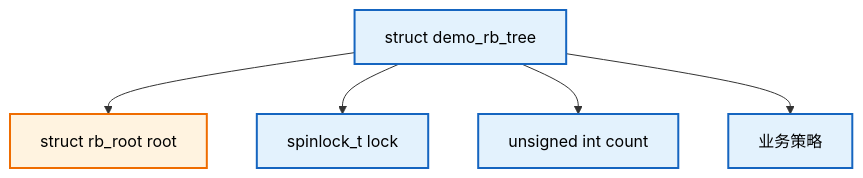
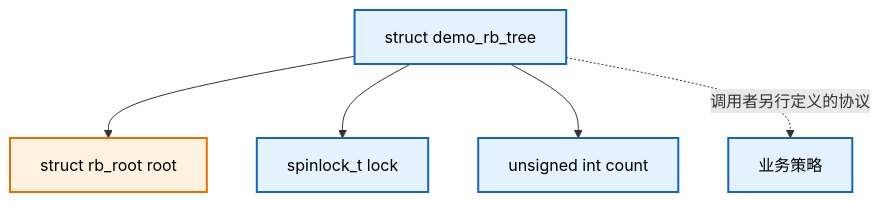
One commit to FormingSystem/linux_note changed the ninth of 30 diagrams in knowledge/linux/data_structures/红黑树_rb-tree/P37_构建rbtree调用者接口.md. Above: the diagram before and after it, drawn with Mermaid. The commit also changed other lines of this file and 2 other files, not shown here.

First line of the commit message:
content(knowledge/tree): 对齐调用者接口的计数与失败持有权

````diff
--- a/knowledge/linux/data_structures/红黑树_rb-tree/P37_构建rbtree调用者接口.md
+++ b/knowledge/linux/data_structures/红黑树_rb-tree/P37_构建rbtree调用者接口.md
@@ -623,20 +624,20 @@
 ```mermaid
 graph TD
 	tree["struct demo_rb_tree"]
 	root["struct rb_root root"]
 	lock["spinlock_t lock"]
 	count["unsigned int count"]
 	policy["业务策略"]
 
 	tree --> root
 	tree --> lock
 	tree --> count
-	tree --> policy
+	tree -.调用者另行定义的协议.-> policy
 
 	classDef tree_class fill:#e3f2fd,stroke:#1565c0,color:#000,stroke-width:2px;
 	classDef rb fill:#fff3e0,stroke:#ef6c00,color:#000,stroke-width:2px;
 	classDef policy_class fill:#e8f5e9,stroke:#2e7d32,color:#000,stroke-width:2px;
 
 	class tree,lock,count,policy tree_class;
 	class root rb;
 ```
````
